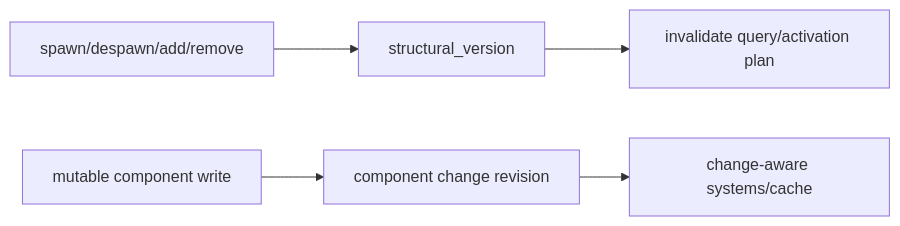
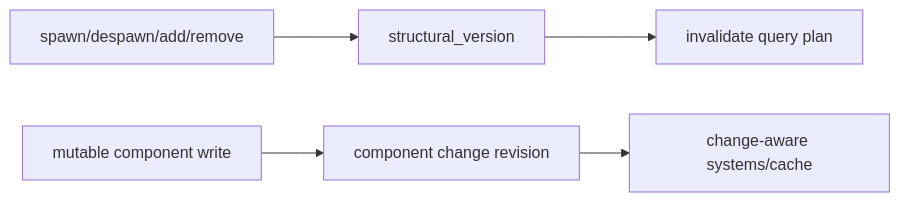
The third of 3 diagrams in crates/ifol-ecs/docs/01_world_storage_and_query.md (danphong23/ifol-animation), drawn with Mermaid before and after one commit. The commit also changed other lines of this file and 28 other files, not shown here.

```diff
--- a/crates/ifol-ecs/docs/01_world_storage_and_query.md
+++ b/crates/ifol-ecs/docs/01_world_storage_and_query.md
@@ -87,7 +87,7 @@
 ~~~mermaid
 flowchart LR
     Structural["spawn/despawn/add/remove"] --> SV["structural_version"]
     Data["mutable component write"] --> CV["component change revision"]
-    SV --> QueryPlan["invalidate query/activation plan"]
+    SV --> QueryPlan["invalidate query plan"]
     CV --> Consumers["change-aware systems/cache"]
 ~~~
```
